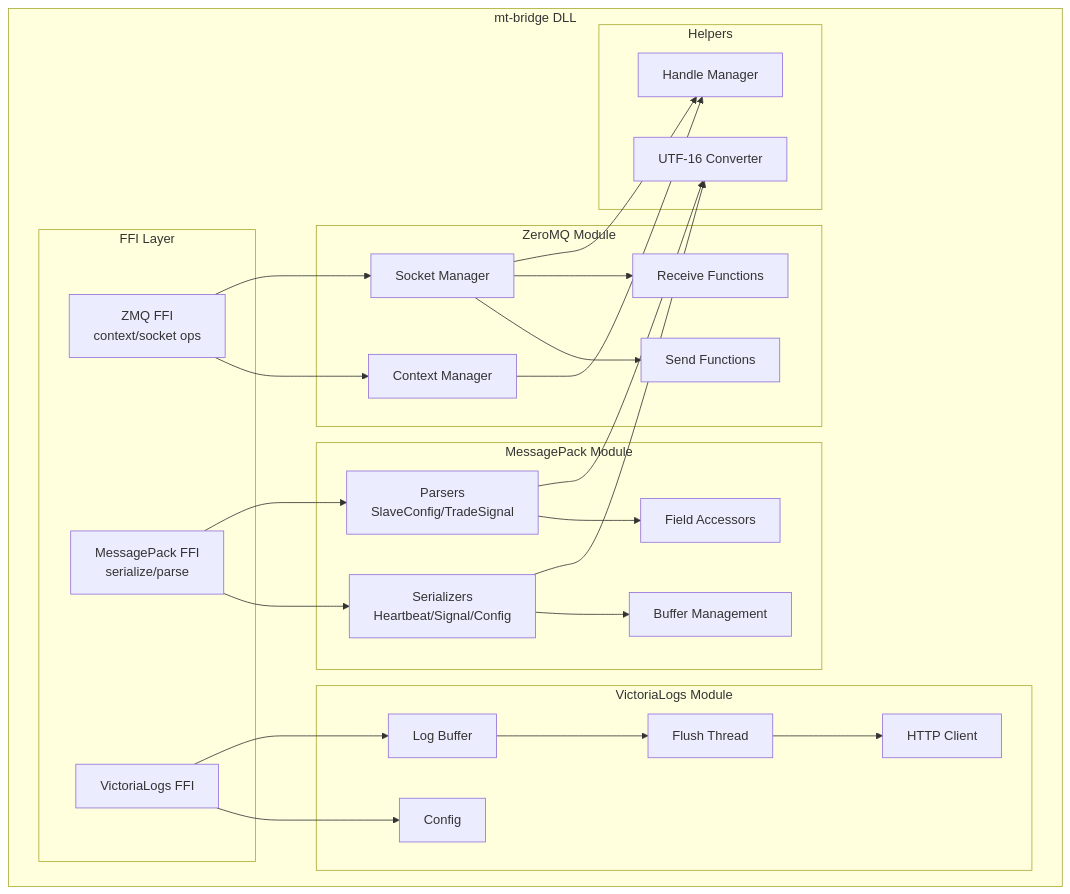
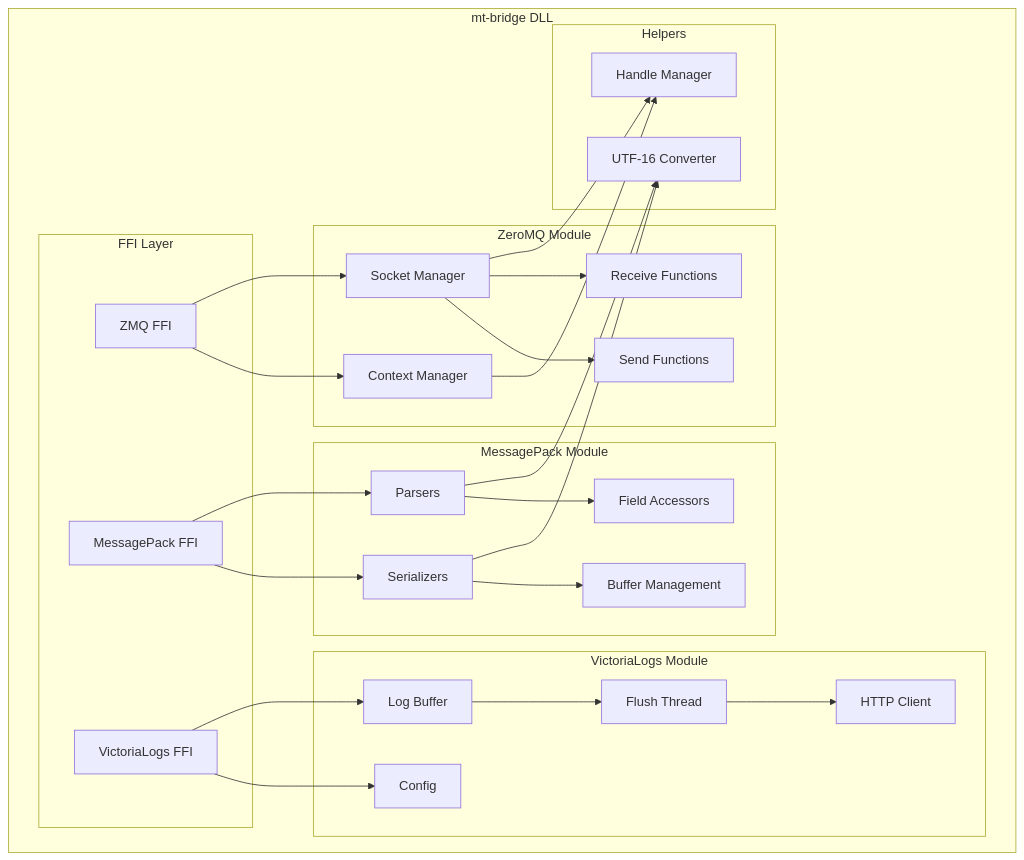
The seventh of 13 diagrams in docs/README.md (poruru210/sankey-copier), drawn with Mermaid before and after one commit. The commit also changed other lines of this file, not shown here.

First line of the commit message:
fix: mermaid構文エラーを修正

````diff
--- a/docs/README.md
+++ b/docs/README.md
@@ -299,56 +298,56 @@
 ```mermaid
 graph TB
-    subgraph "mt-bridge DLL"
-        subgraph "FFI Layer"
-            ZMQ_FFI[ZMQ FFI<br/>context/socket ops]
-            MP_FFI[MessagePack FFI<br/>serialize/parse]
-            VL_FFI[VictoriaLogs FFI]
+    subgraph mt_bridge["mt-bridge DLL"]
+        subgraph ffi_layer["FFI Layer"]
+            ZMQ_FFI["ZMQ FFI"]
+            MP_FFI["MessagePack FFI"]
+            VL_FFI["VictoriaLogs FFI"]
         end
 
-        subgraph "ZeroMQ Module"
-            CTX[Context Manager]
-            SOCK[Socket Manager]
-            SEND[Send Functions]
-            RECV[Receive Functions]
+        subgraph zmq_mod["ZeroMQ Module"]
+            CTX["Context Manager"]
+            SOCK["Socket Manager"]
+            SEND["Send Functions"]
+            RECV["Receive Functions"]
         end
 
-        subgraph "MessagePack Module"
-            SER[Serializers<br/>Heartbeat/Signal/Config]
-            PAR[Parsers<br/>SlaveConfig/TradeSignal]
-            ACC[Field Accessors]
-            BUF[Buffer Management]
+        subgraph msgpack_mod["MessagePack Module"]
+            SER["Serializers"]
+            PAR["Parsers"]
+            ACC["Field Accessors"]
+            BUF["Buffer Management"]
         end
 
-        subgraph "VictoriaLogs Module"
-            CFG[Config]
-            BUFFER[Log Buffer]
-            HTTP[HTTP Client]
-            FLUSH[Flush Thread]
+        subgraph vlogs_mod["VictoriaLogs Module"]
+            CFG["Config"]
+            BUFFER["Log Buffer"]
+            HTTP["HTTP Client"]
+            FLUSH["Flush Thread"]
         end
 
-        subgraph "Helpers"
-            UTF16[UTF-16 Converter]
-            HANDLE[Handle Manager]
+        subgraph helpers["Helpers"]
+            UTF16["UTF-16 Converter"]
+            HANDLE["Handle Manager"]
         end
 
         ZMQ_FFI --> CTX
         ZMQ_FFI --> SOCK
         SOCK --> SEND
         SOCK --> RECV
 
         MP_FFI --> SER
         MP_FFI --> PAR
         PAR --> ACC
         SER --> BUF
 
         VL_FFI --> CFG
         VL_FFI --> BUFFER
         BUFFER --> FLUSH
         FLUSH --> HTTP
 
         SER --> UTF16
         PAR --> UTF16
         CTX --> HANDLE
         SOCK --> HANDLE
     end
 ```
````
